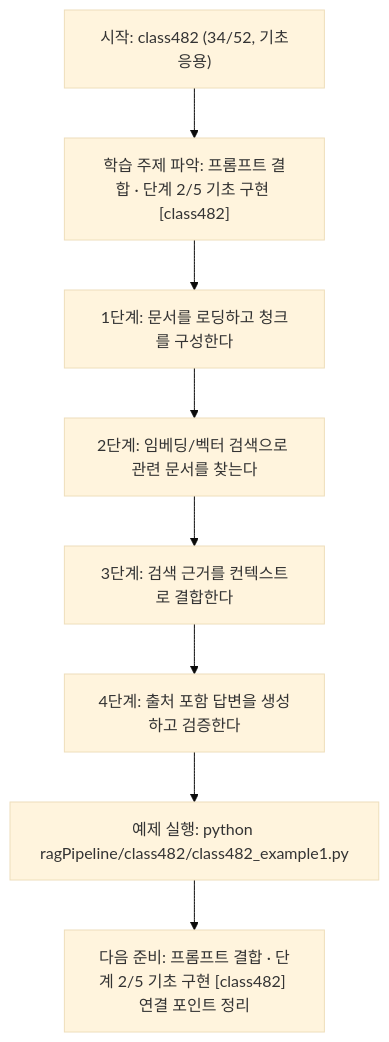
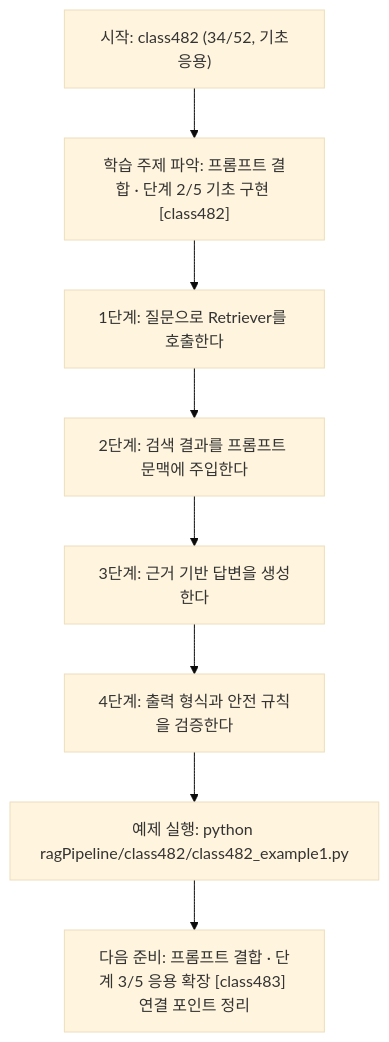
Before and after one commit to edumgt/Python-AI_Agent-Class: the diagram in ragPipeline/class482/class482.md, drawn with Mermaid (base theme). The commit also changed other lines of this file and 367 other files, not shown here.

````diff
--- a/ragPipeline/class482/class482.md
+++ b/ragPipeline/class482/class482.md
@@ -110,18 +92,18 @@
 ```mermaid
 flowchart TD
 N1["시작: class482 (34/52, 기초응용)"]
 N2["학습 주제 파악: 프롬프트 결합 · 단계 2/5 기초 구현 [class482]"]
-N3["1단계: 문서를 로딩하고 청크를 구성한다"]
-N4["2단계: 임베딩/벡터 검색으로 관련 문서를 찾는다"]
-N5["3단계: 검색 근거를 컨텍스트로 결합한다"]
-N6["4단계: 출처 포함 답변을 생성하고 검증한다"]
+N3["1단계: 질문으로 Retriever를 호출한다"]
+N4["2단계: 검색 결과를 프롬프트 문맥에 주입한다"]
+N5["3단계: 근거 기반 답변을 생성한다"]
+N6["4단계: 출력 형식과 안전 규칙을 검증한다"]
 N7["예제 실행: python ragPipeline/class482/class482_example1.py"]
-N8["다음 준비: 프롬프트 결합 · 단계 2/5 기초 구현 [class482] 연결 포인트 정리"]
+N8["다음 준비: 프롬프트 결합 · 단계 3/5 응용 확장 [class483] 연결 포인트 정리"]
 N1 --> N2
 N2 --> N3
 N3 --> N4
 N4 --> N5
 N5 --> N6
 N6 --> N7
 N7 --> N8
 ```
````
